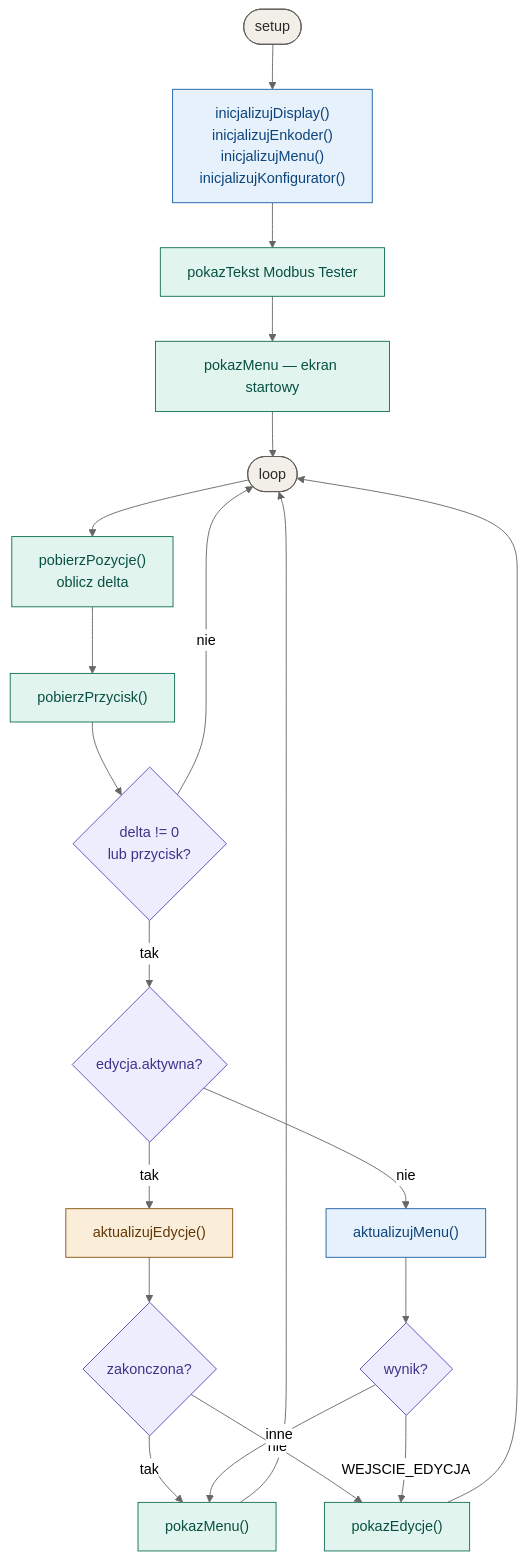
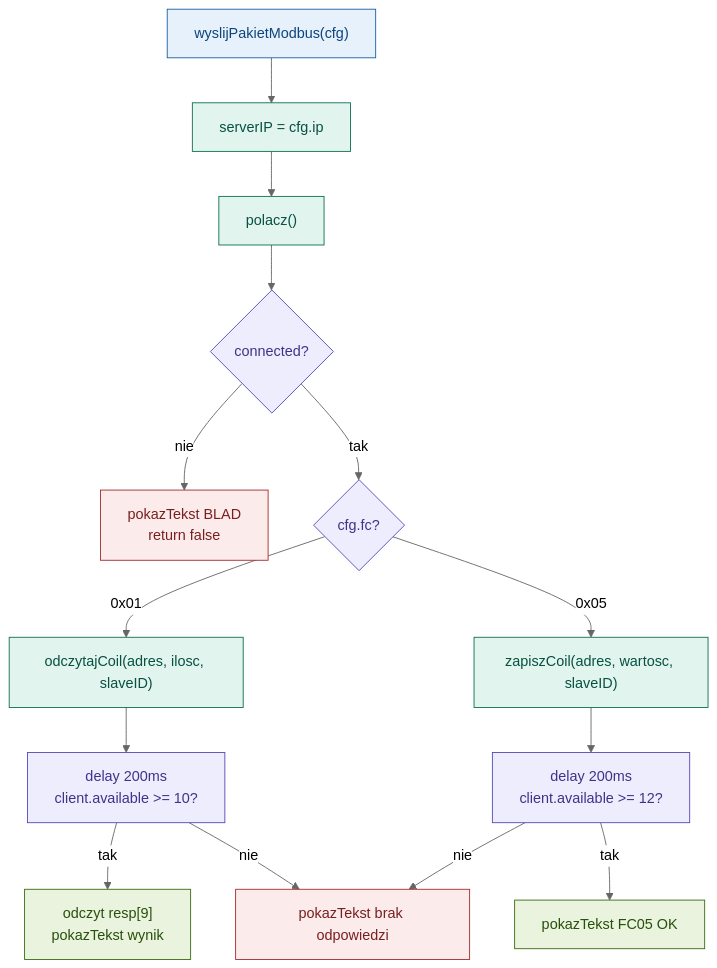
The fourth of 4 diagrams in README.md (przemek2508p/esp32-modbus-w5500), drawn with Mermaid (neutral theme) before and after one commit. The commit also changed other lines of this file, not shown here.

Commit message:
docs(readme): etap 6 integracja modbus, zamiana OLED na LCD I2C, uwagi o konfiguracji

````diff
--- a/README.md
+++ b/README.md
@@ -437,32 +232,22 @@
 ```mermaid
 flowchart TD
-    START([setup]):::gray --> A["inicjalizujDisplay()<br/>inicjalizujEnkoder()<br/>inicjalizujMenu()<br/>inicjalizujKonfigurator()"]:::blue
-    A --> B["pokazTekst Modbus Tester"]:::teal
-    B --> C["pokazMenu — ekran startowy"]:::teal
-    C --> LOOP([loop]):::gray
-
-    LOOP --> D["pobierzPozycje()<br/>oblicz delta"]:::teal
-    D --> E["pobierzPrzycisk()"]:::teal
-    E --> F{"delta != 0<br/>lub przycisk?"}:::purple
-    F -- nie --> LOOP
-    F -- tak --> G{"edycja.aktywna?"}:::purple
-
-    G -- tak --> H["aktualizujEdycje()"]:::amber
-    H --> I{"zakonczona?"}:::purple
-    I -- tak --> J["pokazMenu()"]:::teal
-    I -- nie --> K["pokazEdycje()"]:::teal
-    J --> LOOP
-    K --> LOOP
-
-    G -- nie --> L["aktualizujMenu()"]:::blue
-    L --> M{"wynik?"}:::purple
-    M -- WEJSCIE_EDYCJA --> K
-    M -- inne --> J
+    A["wyslijPakietModbus(cfg)"]:::blue --> B["serverIP = cfg.ip"]:::teal
+    B --> C["polacz()"]:::teal
+    C --> D{"connected?"}:::purple
+    D -- nie --> E["pokazTekst BLAD<br/>return false"]:::red
+    D -- tak --> F{"cfg.fc?"}:::purple
+    F -- 0x01 --> G["odczytajCoil(adres, ilosc, slaveID)"]:::teal
+    F -- 0x05 --> H["zapiszCoil(adres, wartosc, slaveID)"]:::teal
+    G --> I["delay 200ms<br/>client.available >= 10?"]:::purple
+    I -- tak --> J["odczyt resp[9]<br/>pokazTekst wynik"]:::green
+    I -- nie --> K["pokazTekst brak odpowiedzi"]:::red
+    H --> L["delay 200ms<br/>client.available >= 12?"]:::purple
+    L -- tak --> M["pokazTekst FC05 OK"]:::green
+    L -- nie --> K
 
     classDef blue fill:#E6F1FB,stroke:#185FA5,color:#0C447C
     classDef purple fill:#EEEDFE,stroke:#534AB7,color:#3C3489
     classDef green fill:#EAF3DE,stroke:#3B6D11,color:#27500A
     classDef teal fill:#E1F5EE,stroke:#0F6E56,color:#085041
-    classDef amber fill:#FAEEDA,stroke:#854F0B,color:#633806
-    classDef gray fill:#F1EFE8,stroke:#5F5E5A,color:#2C2C2A
+    classDef red fill:#FCEBEB,stroke:#A32D2D,color:#791F1F
 ```
````
